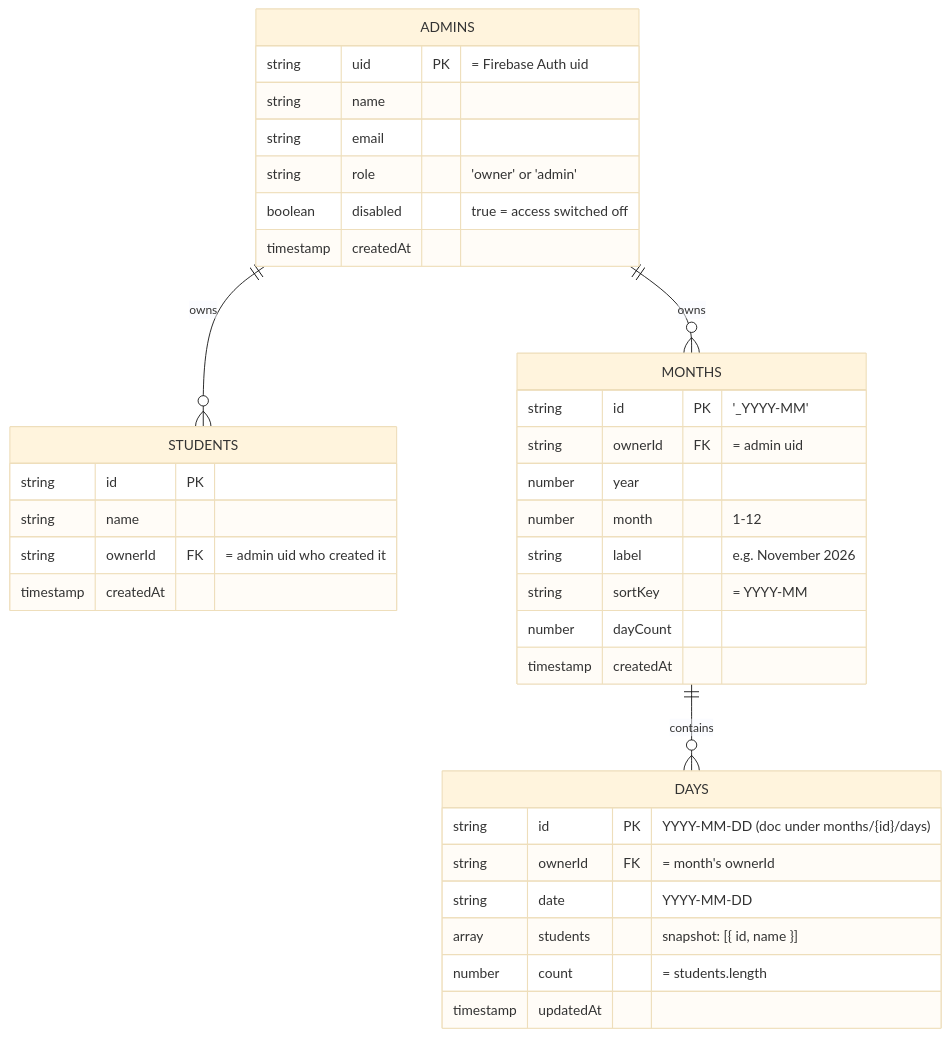
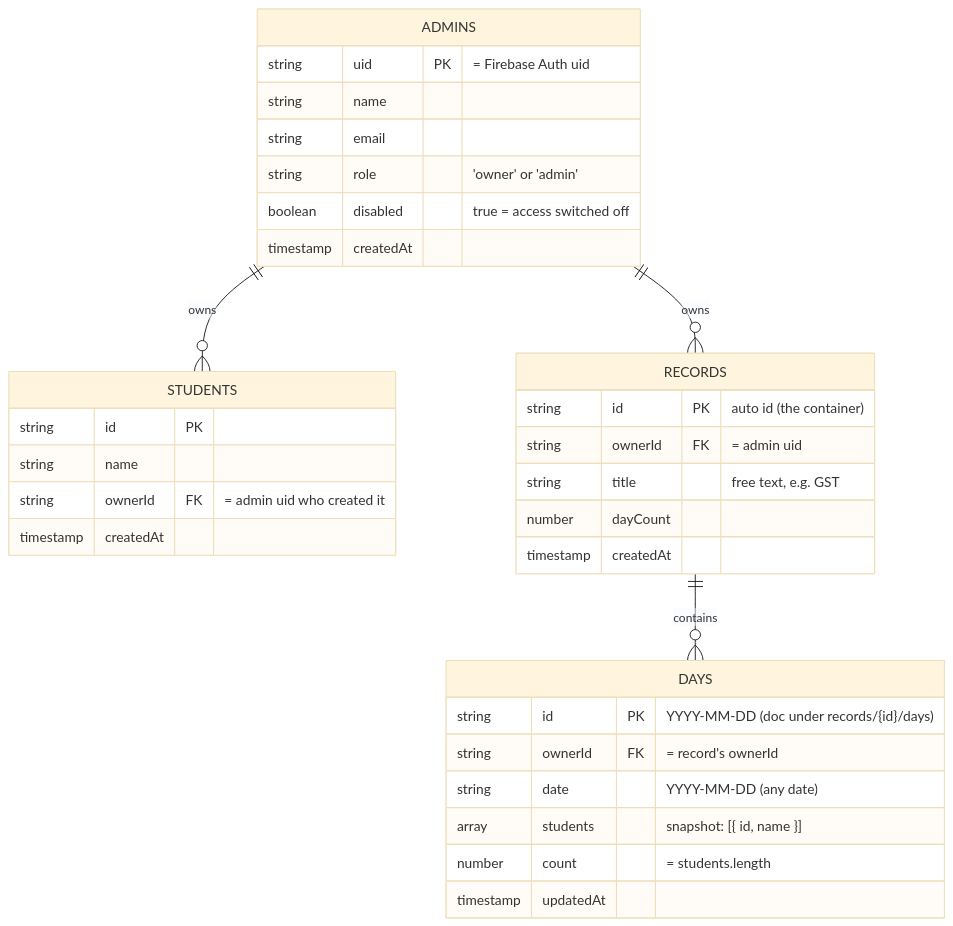
Before and after one commit to marve26020/StudentAttendance: the second of 2 diagrams in .trae/documents/student-work-aid-technical-architecture.md, drawn with Mermaid (base theme). The commit also changed other lines of this file and 13 other files, not shown here.

Commit message:
Organize attendance records by custom title instead of by month

````diff
--- a/.trae/documents/student-work-aid-technical-architecture.md
+++ b/.trae/documents/student-work-aid-technical-architecture.md
@@ -125,39 +127,36 @@
 ```mermaid
 erDiagram
   ADMINS ||--o{ STUDENTS : "owns"
-  ADMINS ||--o{ MONTHS : "owns"
-  MONTHS ||--o{ DAYS : "contains"
+  ADMINS ||--o{ RECORDS : "owns"
+  RECORDS ||--o{ DAYS : "contains"
 
   ADMINS {
     string uid PK "= Firebase Auth uid"
     string name
     string email
     string role "'owner' or 'admin'"
     boolean disabled "true = access switched off"
     timestamp createdAt
   }
   STUDENTS {
     string id PK
     string name
     string ownerId FK "= admin uid who created it"
     timestamp createdAt
   }
-  MONTHS {
-    string id PK "'<ownerId>_YYYY-MM'"
+  RECORDS {
+    string id PK "auto id (the container)"
     string ownerId FK "= admin uid"
-    number year
-    number month "1-12"
-    string label "e.g. November 2026"
-    string sortKey "= YYYY-MM"
+    string title "free text, e.g. GST"
     number dayCount
     timestamp createdAt
   }
   DAYS {
-    string id PK "YYYY-MM-DD (doc under months/{id}/days)"
-    string ownerId FK "= month's ownerId"
-    string date "YYYY-MM-DD"
+    string id PK "YYYY-MM-DD (doc under records/{id}/days)"
+    string ownerId FK "= record's ownerId"
+    string date "YYYY-MM-DD (any date)"
     array students "snapshot: [{ id, name }]"
     number count "= students.length"
     timestamp updatedAt
   }
 ```
````
